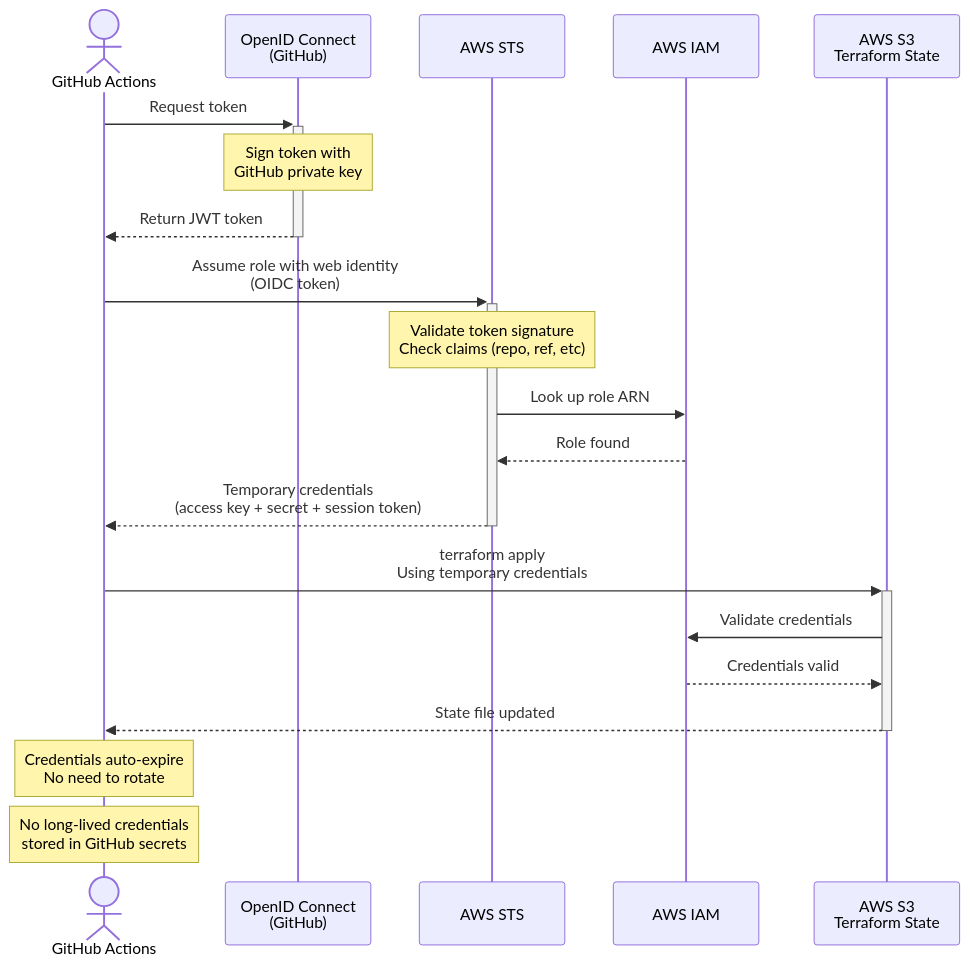
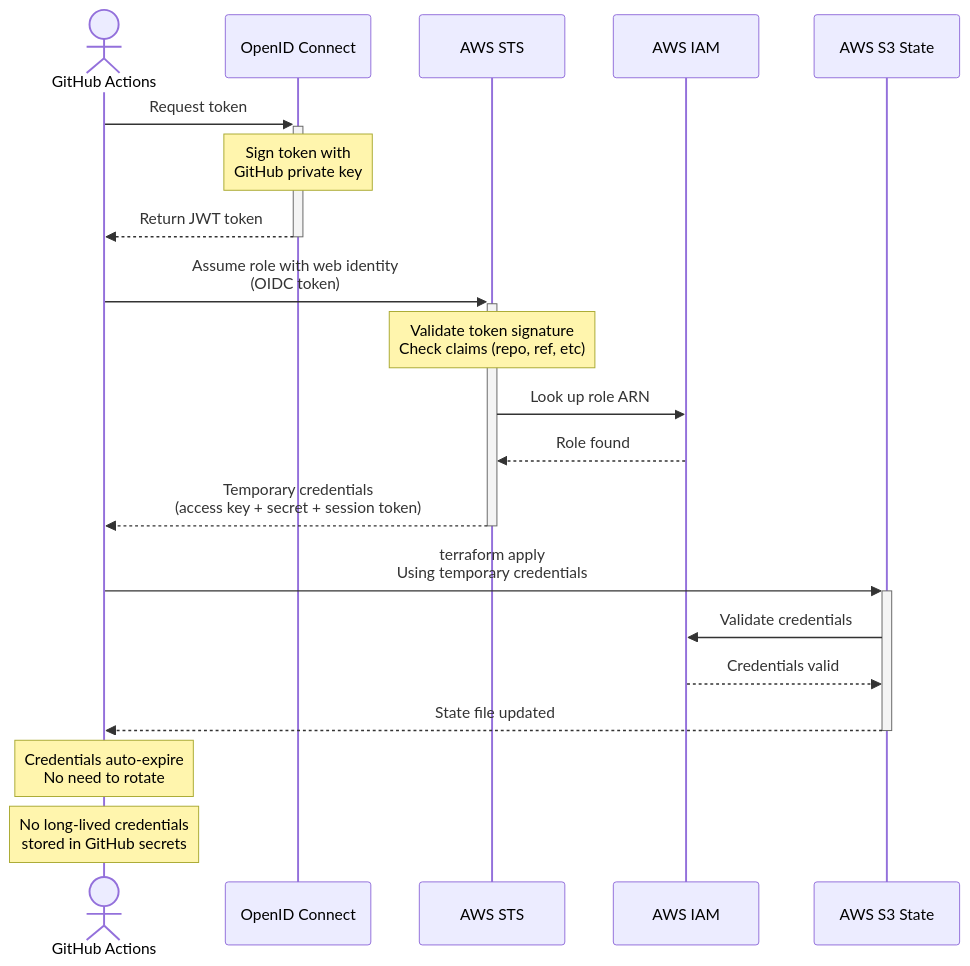
Before and after one commit to ajaychinthapalli/github-action-eks-runners: diagram 12 of 12 in DIAGRAMS.md, drawn with Mermaid. The commit also changed other lines of this file, not shown here.

Commit message:
Fix mermaid sequence diagram rendering: Remove unsupported br tags from participant names

````diff
--- a/DIAGRAMS.md
+++ b/DIAGRAMS.md
@@ -511,26 +511,26 @@
 ```mermaid
 sequenceDiagram
     actor GHA as GitHub Actions
-    participant OpenIDConnect as OpenID Connect<br/>(GitHub)
+    participant OpenIDConnect as OpenID Connect
     participant AWS as AWS STS
     participant IAM as AWS IAM
-    participant S3 as AWS S3<br/>Terraform State
+    participant S3 as AWS S3 State
     
     GHA->>+OpenIDConnect: Request token
     Note over OpenIDConnect: Sign token with<br/>GitHub private key
     OpenIDConnect-->>-GHA: Return JWT token
     
     GHA->>+AWS: Assume role with web identity<br/>(OIDC token)
     Note over AWS: Validate token signature<br/>Check claims (repo, ref, etc)
     AWS->>IAM: Look up role ARN
     IAM-->>AWS: Role found
     AWS-->>-GHA: Temporary credentials<br/>(access key + secret + session token)
     
     GHA->>+S3: terraform apply<br/>Using temporary credentials
     S3->>IAM: Validate credentials
     IAM-->>S3: Credentials valid
     S3-->>-GHA: State file updated
     
     Note over GHA: Credentials auto-expire<br/>No need to rotate
     Note over GHA: No long-lived credentials<br/>stored in GitHub secrets
 ```
````
